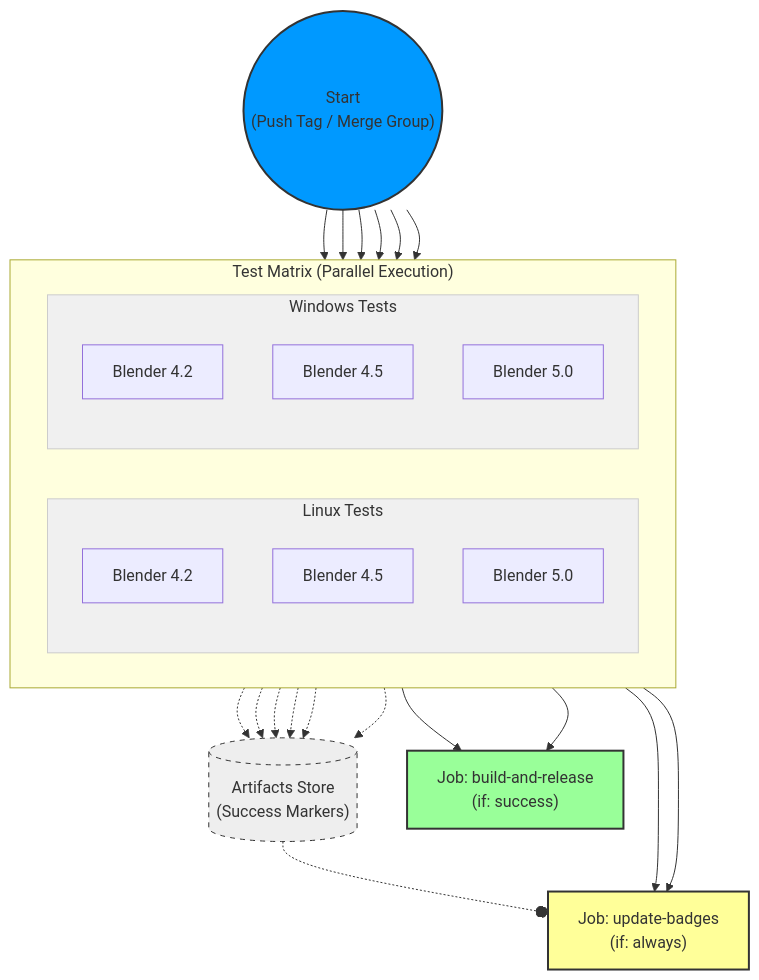
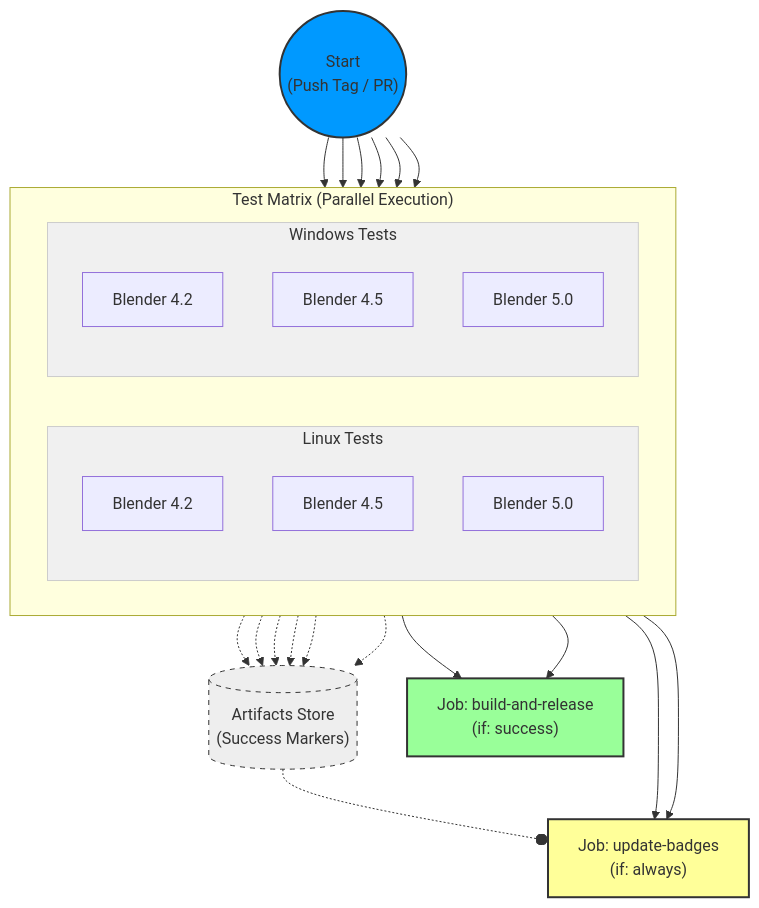
One commit to unclepomedev/blender_savepoints changed the diagram in CONTRIBUTING.md. Above: the diagram before and after it, drawn with Mermaid. The commit also changed 1 other file, not shown here.

Commit message:
Merge queues might not be available for personal repository

````diff
--- a/CONTRIBUTING.md
+++ b/CONTRIBUTING.md
@@ -3,47 +3,47 @@
 ```mermaid
 graph TD
-    Start(("Start<br>(Push Tag / Merge Group)"))
+    Start(("Start<br>(Push Tag / PR)"))
 
     subgraph TestMatrix ["Test Matrix (Parallel Execution)"]
         direction LR
         subgraph Linux ["Linux Tests"]
             direction TB
             L_42["Blender 4.2"]
             L_45["Blender 4.5"]
             L_50["Blender 5.0"]
         end
         subgraph Windows ["Windows Tests"]
             direction TB
             W_42["Blender 4.2"]
             W_45["Blender 4.5"]
             W_50["Blender 5.0"]
         end
     end
 
     Artifacts[("Artifacts Store<br>(Success Markers)")]
 
     UpdateBadges["Job: update-badges<br>(if: always)"]
     Release["Job: build-and-release<br>(if: success)"]
 
     Start --> L_42 & L_45 & L_50 & W_42 & W_45 & W_50
 
     L_42 & L_45 & L_50 & W_42 & W_45 & W_50 -.-> Artifacts
 
     Linux & Windows --> UpdateBadges
     Linux & Windows --> Release
 
     Artifacts -.-o UpdateBadges
 
     classDef trigger fill:#09f,stroke:#333,stroke-width:2px;
     classDef job fill:#ff9,stroke:#333,stroke-width:2px;
     classDef release fill:#9f9,stroke:#333,stroke-width:2px;
     classDef data fill:#eee,stroke:#333,stroke-dasharray: 5 5;
 
     class Start trigger;
     class UpdateBadges job;
     class Release release;
     class Artifacts data;
 
     style Linux fill:#f0f0f0,stroke:#ccc
     style Windows fill:#f0f0f0,stroke:#ccc
 ```
````
